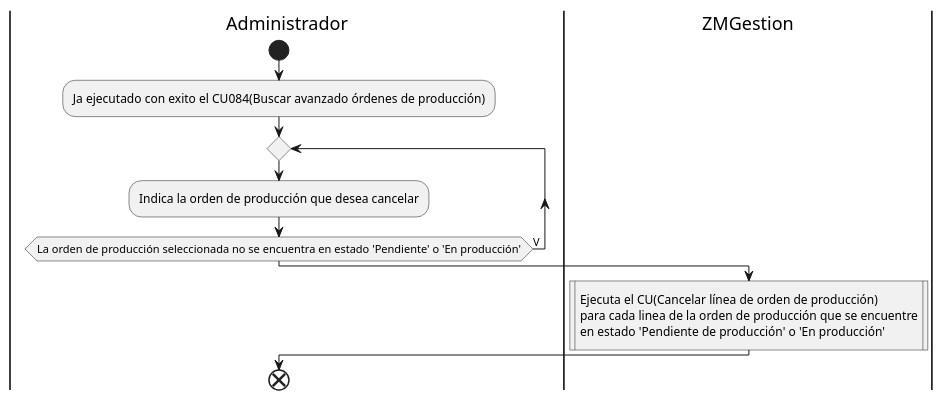
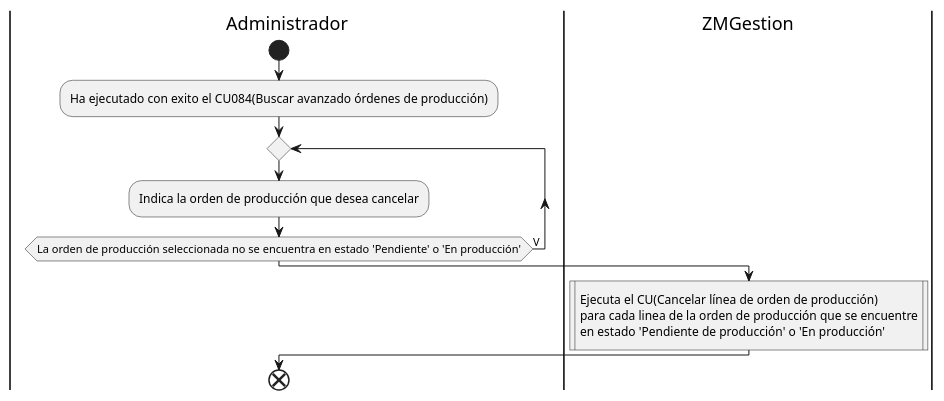
The eighth of 35 diagrams in DiagramasActividad/DiagramaDeActividad.puml (ZMGestion/DocumentacionZMGestion), drawn with PlantUML before and after one commit. The commit also changed other lines of this file and 61 other files, not shown here.

```diff
--- a/DiagramasActividad/DiagramaDeActividad.puml
+++ b/DiagramasActividad/DiagramaDeActividad.puml
@@ -113,14 +113,14 @@
 @startuml cancelarOrdenProduccion
 |Administrador|
 start
-:Ja ejecutado con exito el CU084(Buscar avanzado órdenes de producción);
+:Ha ejecutado con exito el CU084(Buscar avanzado órdenes de producción);
 repeat
 :Indica la orden de producción que desea cancelar;
 repeat while(La orden de producción seleccionada no se encuentra en estado 'Pendiente' o 'En producción') is (V)
 |ZMGestion|
 :Ejecuta el CU(Cancelar línea de orden de producción) 
 para cada linea de la orden de producción que se encuentre
 en estado 'Pendiente de producción' o 'En producción'|
 |Administrador|
 end
 @enduml
```
